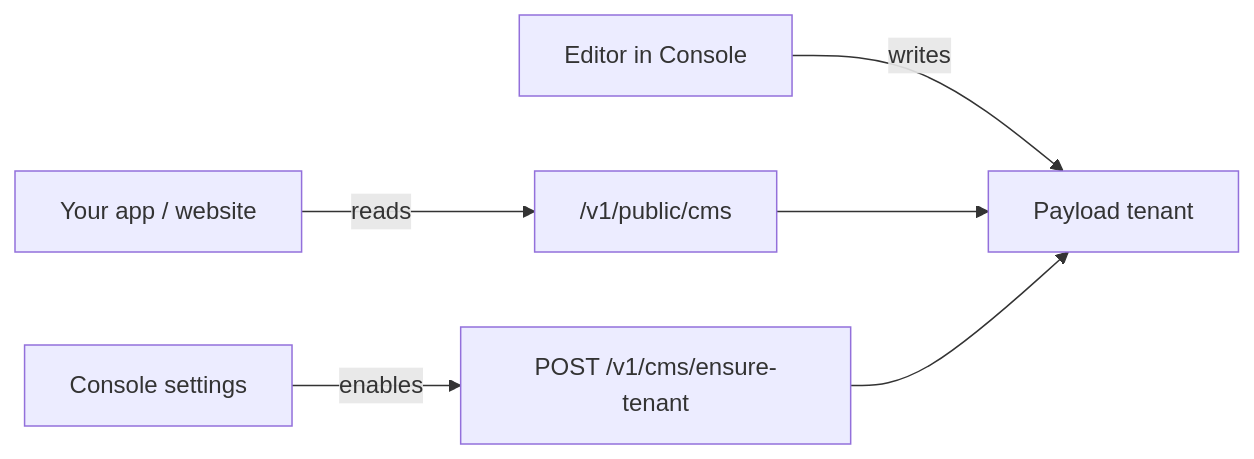
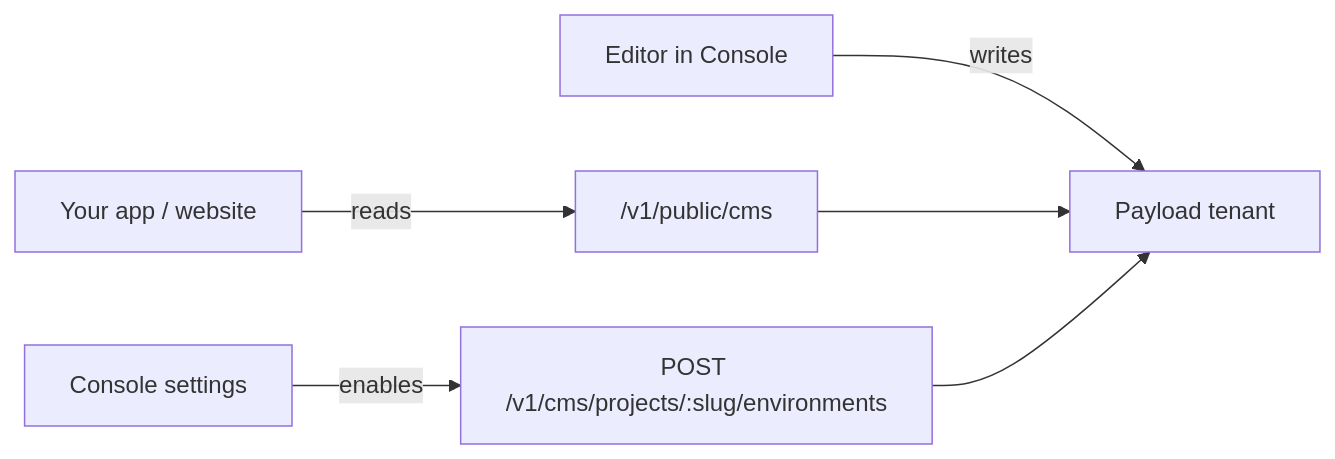
Before and after one commit to Actimi/ovok-docs: the diagram in static/llms/dev/cms/index.md, drawn with Mermaid. The commit also changed other lines of this file and 46 other files, not shown here.

````diff
--- a/static/llms/dev/cms/index.md
+++ b/static/llms/dev/cms/index.md
@@ -43,8 +43,8 @@
 ```mermaid
 flowchart LR
   Editor["Editor in Console"] -->|writes| Payload["Payload tenant"]
   App["Your app / website"] -->|reads| Delivery["/v1/public/cms"]
   Delivery --> Payload
-  Console["Console settings"] -->|enables| Provision["POST /v1/cms/ensure-tenant"]
+  Console["Console settings"] -->|enables| Provision["POST /v1/cms/projects/:slug/environments"]
   Provision --> Payload
 ```
````
